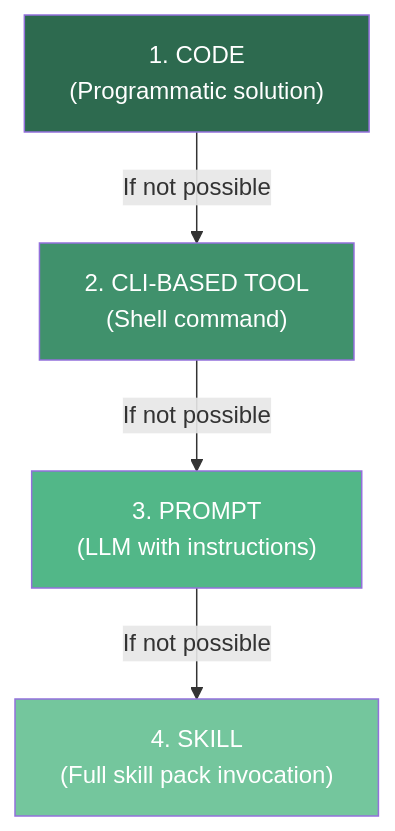
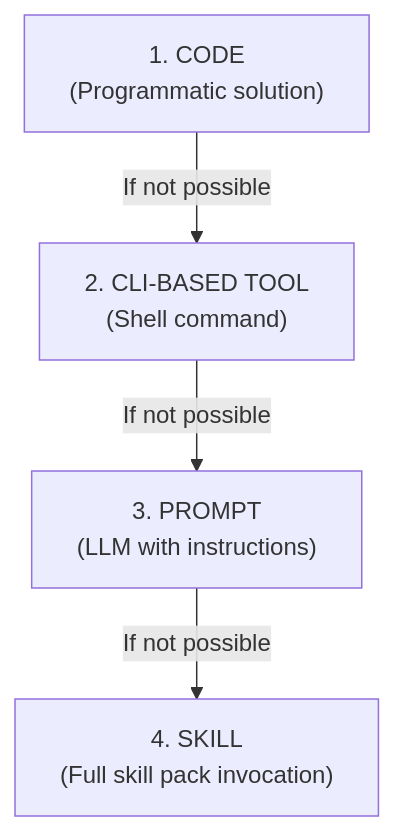
One commit to docxology/codomyrmex changed the second of 3 diagrams in docs/modules/agents/PAI/SKILLS.md. Above: the diagram before and after it, drawn with Mermaid. The commit also changed 86 other files, not shown here.

````diff
--- a/docs/modules/agents/PAI/SKILLS.md
+++ b/docs/modules/agents/PAI/SKILLS.md
@@ -76,12 +76,7 @@
 ```mermaid
 graph TD
     A["1. CODE<br/>(Programmatic solution)"] -->|"If not possible"| B
     B["2. CLI-BASED TOOL<br/>(Shell command)"] -->|"If not possible"| C
     C["3. PROMPT<br/>(LLM with instructions)"] -->|"If not possible"| D
     D["4. SKILL<br/>(Full skill pack invocation)"]
-
-    style A fill:#2d6a4f,color:white
-    style B fill:#40916c,color:white
-    style C fill:#52b788,color:white
-    style D fill:#74c69d,color:white
 ```
````
